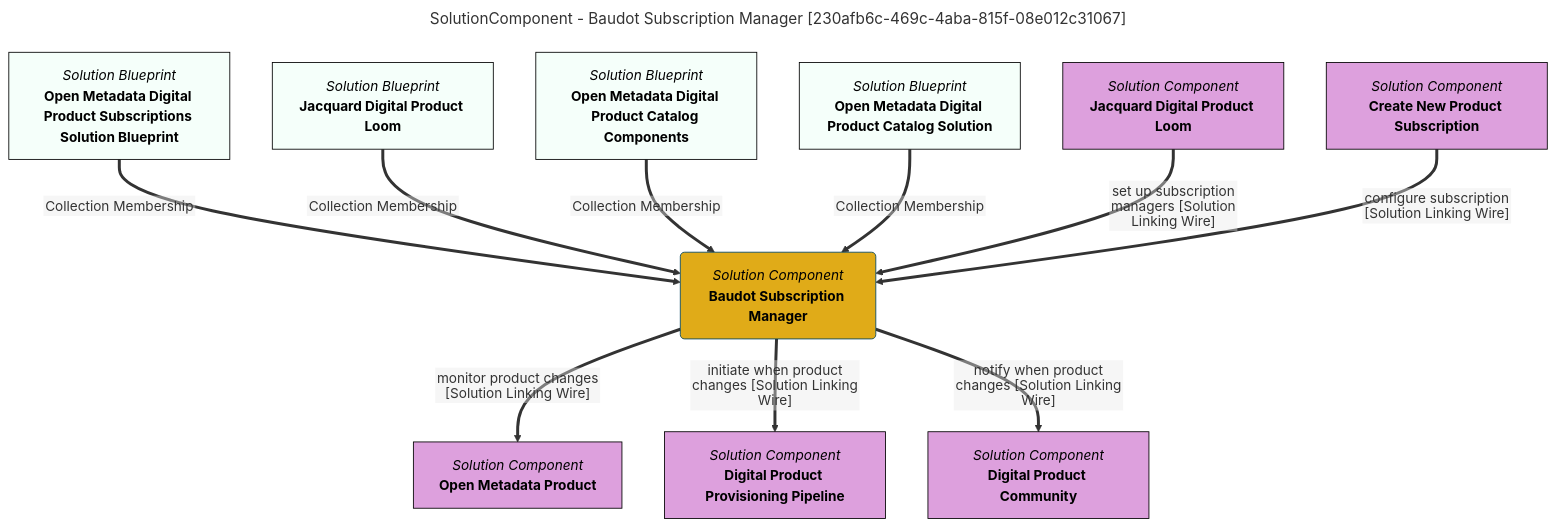
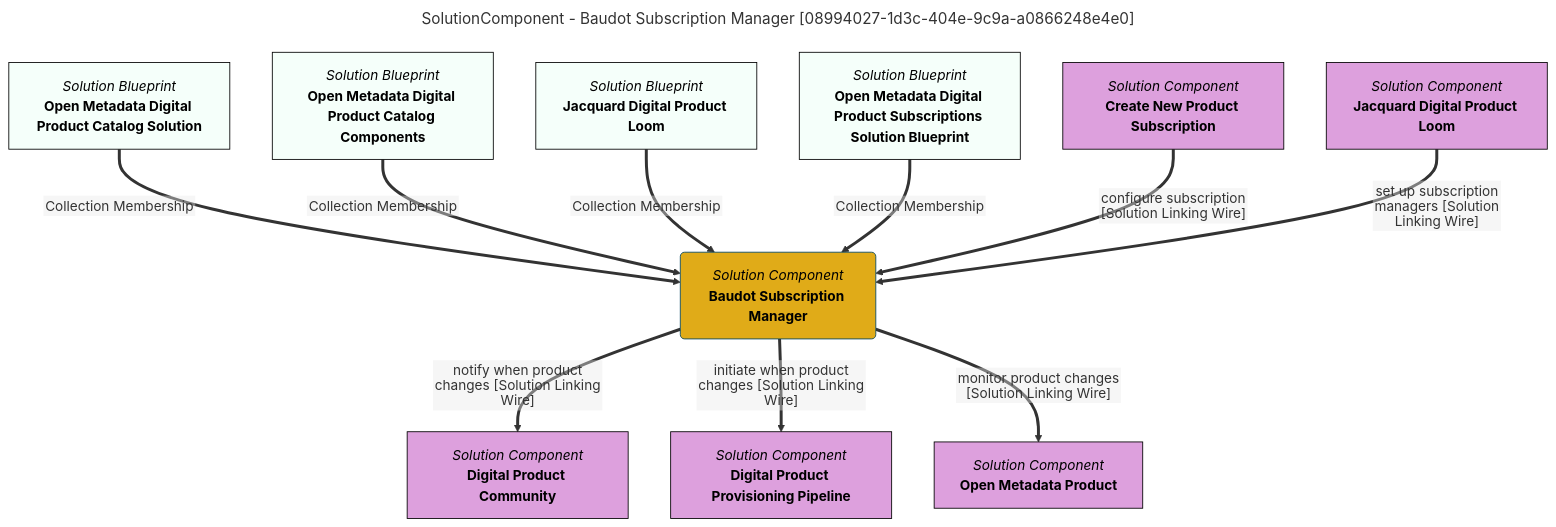
Before and after one commit to odpi/egeria-docs: the diagram in site/snippets/blueprints/components/baudot-subscription-manager-mermaid-graph.md, drawn with Mermaid. The commit also changed 2201 other files, not shown here.

````diff
--- a/site/snippets/blueprints/components/baudot-subscription-manager-mermaid-graph.md
+++ b/site/snippets/blueprints/components/baudot-subscription-manager-mermaid-graph.md
@@ -1,47 +1,47 @@
 ```mermaid
 ---
-title: SolutionComponent - Baudot Subscription Manager [230afb6c-469c-4aba-815f-08e012c31067]
+title: SolutionComponent - Baudot Subscription Manager [08994027-1d3c-404e-9c9a-a0866248e4e0]
 ---
 flowchart TD
 %%{init: {"flowchart": {"htmlLabels": false}} }%%
 
 1@{ shape: rounded, label: "*Solution Component*
 **Baudot Subscription Manager**"}
 2@{ shape: rect, label: "*Solution Blueprint*
-**Open Metadata Digital Product Subscriptions Solution Blueprint**"}
+**Open Metadata Digital Product Catalog Solution**"}
 2==>|"Collection Membership"|1
 3@{ shape: rect, label: "*Solution Blueprint*
-**Jacquard Digital Product Loom**"}
+**Open Metadata Digital Product Catalog Components**"}
 3==>|"Collection Membership"|1
 4@{ shape: rect, label: "*Solution Blueprint*
-**Open Metadata Digital Product Catalog Components**"}
+**Jacquard Digital Product Loom**"}
 4==>|"Collection Membership"|1
 5@{ shape: rect, label: "*Solution Blueprint*
-**Open Metadata Digital Product Catalog Solution**"}
+**Open Metadata Digital Product Subscriptions Solution Blueprint**"}
 5==>|"Collection Membership"|1
 6@{ shape: rect, label: "*Solution Component*
+**Digital Product Community**"}
+1==>|"notify when product changes [Solution Linking Wire]"|6
+7@{ shape: rect, label: "*Solution Component*
+**Create New Product Subscription**"}
+7==>|"configure subscription [Solution Linking Wire]"|1
+8@{ shape: rect, label: "*Solution Component*
+**Digital Product Provisioning Pipeline**"}
+1==>|"initiate when product changes [Solution Linking Wire]"|8
+9@{ shape: rect, label: "*Solution Component*
 **Open Metadata Product**"}
-1==>|"monitor product changes [Solution Linking Wire]"|6
-7@{ shape: rect, label: "*Solution Component*
-**Digital Product Provisioning Pipeline**"}
-1==>|"initiate when product changes [Solution Linking Wire]"|7
-8@{ shape: rect, label: "*Solution Component*
+1==>|"monitor product changes [Solution Linking Wire]"|9
+10@{ shape: rect, label: "*Solution Component*
 **Jacquard Digital Product Loom**"}
-8==>|"set up subscription managers [Solution Linking Wire]"|1
-9@{ shape: rect, label: "*Solution Component*
-**Create New Product Subscription**"}
-9==>|"configure subscription [Solution Linking Wire]"|1
-10@{ shape: rect, label: "*Solution Component*
-**Digital Product Community**"}
-1==>|"notify when product changes [Solution Linking Wire]"|10
+10==>|"set up subscription managers [Solution Linking Wire]"|1
 style 1 color:#000000, fill:#e0ab18, stroke:#004563
 style 2 color:#000000, fill:#f5fffa, stroke:#000000
 style 3 color:#000000, fill:#f5fffa, stroke:#000000
 style 4 color:#000000, fill:#f5fffa, stroke:#000000
 style 5 color:#000000, fill:#f5fffa, stroke:#000000
-style 6 color:#000000, fill:#dda0dd, stroke:#000000
-style 7 color:#000000, fill:#dda0dd, stroke:#000000
-style 8 color:#000000, fill:#dda0dd, stroke:#000000
-style 9 color:#000000, fill:#dda0dd, stroke:#000000
-style 10 color:#000000, fill:#dda0dd, stroke:#000000
+style 6 color:#000000, fill:#DDA0DD, stroke:#000000
+style 7 color:#000000, fill:#DDA0DD, stroke:#000000
+style 8 color:#000000, fill:#DDA0DD, stroke:#000000
+style 9 color:#000000, fill:#DDA0DD, stroke:#000000
+style 10 color:#000000, fill:#DDA0DD, stroke:#000000
 ```
````
